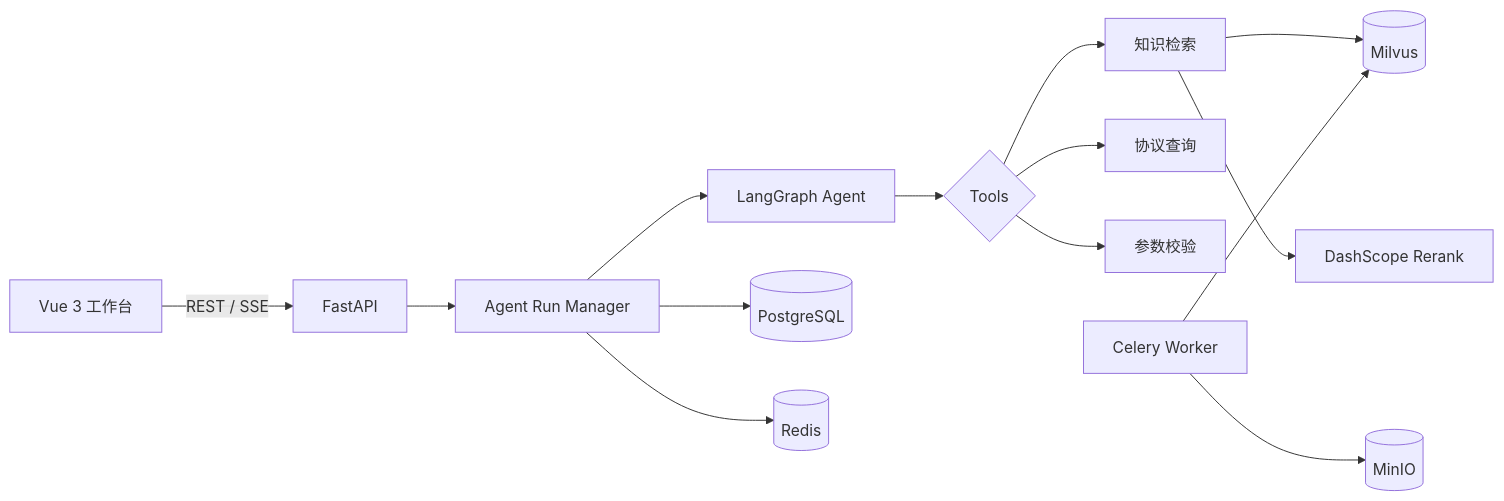
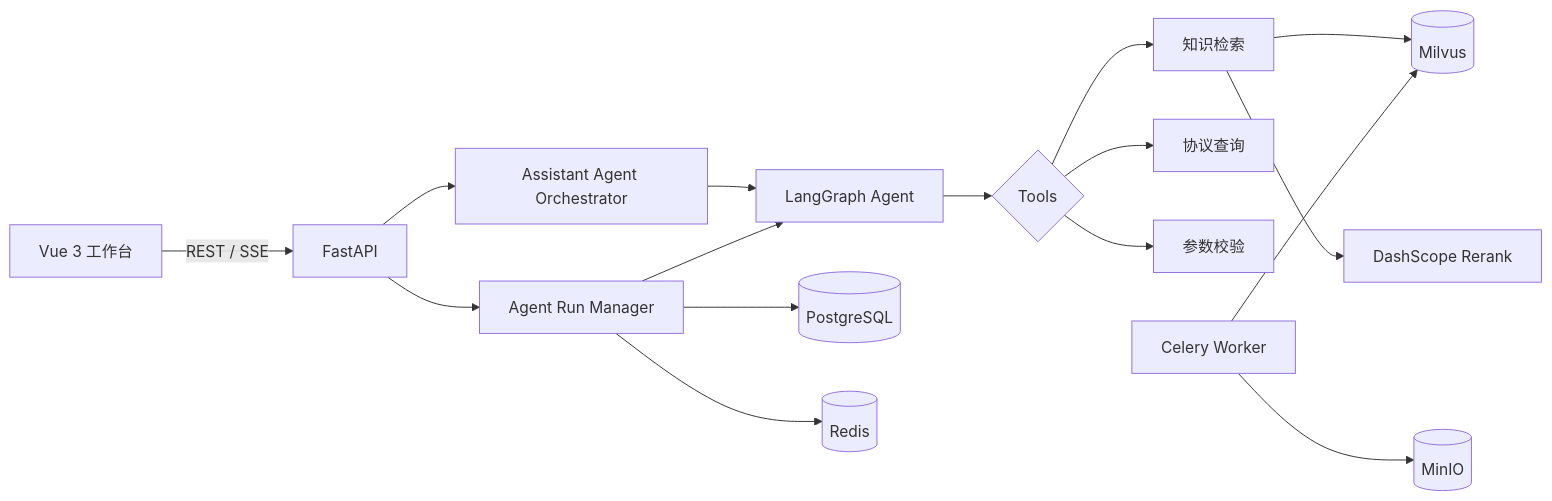
Before and after one commit to guttar/CryptoPilot: the diagram in README.md, drawn with Mermaid. The commit also changed other lines of this file and 5 other files, not shown here.

````diff
--- a/README.md
+++ b/README.md
@@ -22,16 +23,18 @@
 ```mermaid
 flowchart LR
     UI[Vue 3 工作台] -->|REST / SSE| API[FastAPI]
+    API --> ORCH[Assistant Agent Orchestrator]
     API --> RUN[Agent Run Manager]
+    ORCH --> GRAPH
     RUN --> GRAPH[LangGraph Agent]
     GRAPH --> TOOLS{Tools}
     TOOLS --> RETRIEVE[知识检索]
     TOOLS --> PROTOCOL[协议查询]
     TOOLS --> VALIDATE[参数校验]
     RETRIEVE --> MILVUS[(Milvus)]
     RETRIEVE --> RERANK[DashScope Rerank]
     RUN --> PG[(PostgreSQL)]
     RUN --> REDIS[(Redis)]
     WORKER[Celery Worker] --> MILVUS
     WORKER --> MINIO[(MinIO)]
 ```
````
